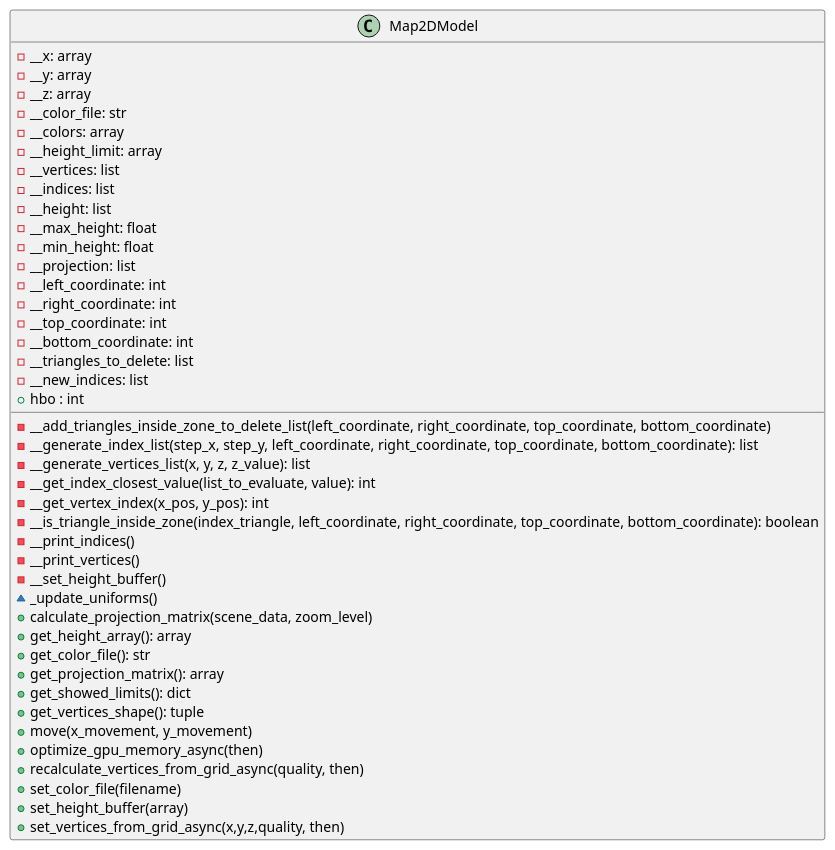
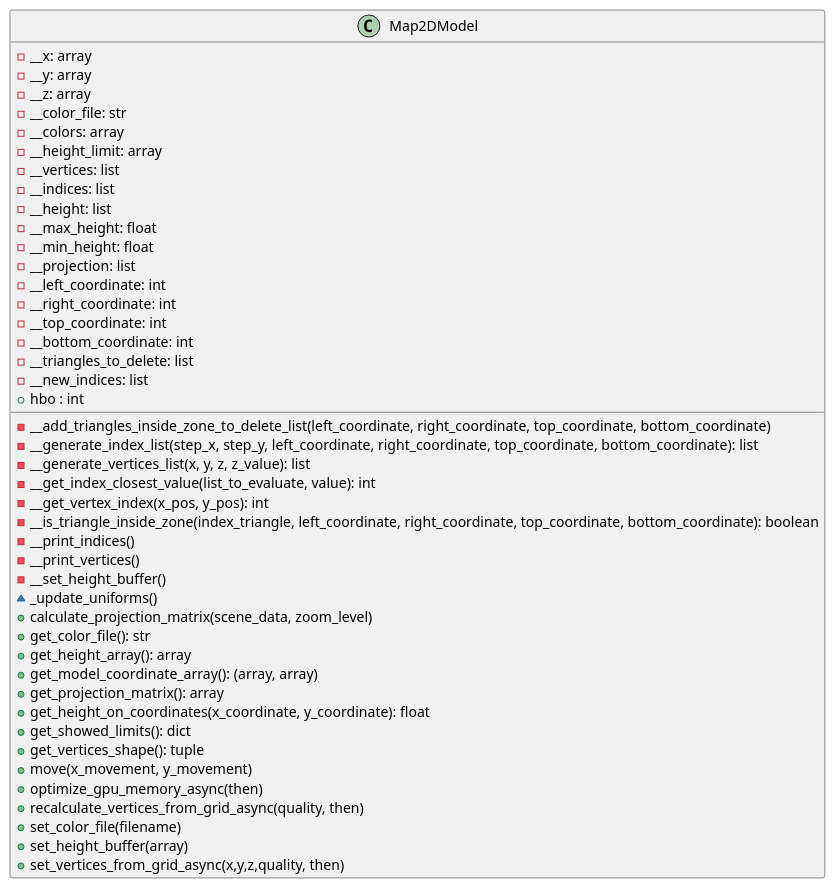
The diagram in docs/classes/Map2DModel.puml (ferpoble2/Relief_Creator), drawn with PlantUML before and after one commit. The commit also changed 10 other files, not shown here.

```diff
--- a/docs/classes/Map2DModel.puml
+++ b/docs/classes/Map2DModel.puml
@@ -1,48 +1,50 @@
 @startuml
                 class Map2DModel {
                     - __x: array
                     - __y: array
                     - __z: array
                     - __color_file: str
                     - __colors: array
                     - __height_limit: array
                     - __vertices: list
                     - __indices: list
                     - __height: list
                     - __max_height: float
                     - __min_height: float
                     - __projection: list
                     - __left_coordinate: int
                     - __right_coordinate: int
                     - __top_coordinate: int
                     - __bottom_coordinate: int
                     - __triangles_to_delete: list
                     - __new_indices: list
                     + hbo : int
 
 
                     - __add_triangles_inside_zone_to_delete_list(left_coordinate, right_coordinate, top_coordinate, bottom_coordinate)
                     - __generate_index_list(step_x, step_y, left_coordinate, right_coordinate, top_coordinate, bottom_coordinate): list
                     - __generate_vertices_list(x, y, z, z_value): list
                     - __get_index_closest_value(list_to_evaluate, value): int
                     - __get_vertex_index(x_pos, y_pos): int
                     - __is_triangle_inside_zone(index_triangle, left_coordinate, right_coordinate, top_coordinate, bottom_coordinate): boolean
                     - __print_indices()
                     - __print_vertices()
                     - __set_height_buffer()
                     ~ _update_uniforms()
                     + calculate_projection_matrix(scene_data, zoom_level)
+                    + get_color_file(): str
                     + get_height_array(): array
-                    + get_color_file(): str
+                    + get_model_coordinate_array(): (array, array)
                     + get_projection_matrix(): array
+                    + get_height_on_coordinates(x_coordinate, y_coordinate): float
                     + get_showed_limits(): dict
                     + get_vertices_shape(): tuple
                     + move(x_movement, y_movement)
                     + optimize_gpu_memory_async(then)
                     + recalculate_vertices_from_grid_async(quality, then)
                     + set_color_file(filename)
                     + set_height_buffer(array)
                     + set_vertices_from_grid_async(x,y,z,quality, then)
 
                 }
 @enduml
```
